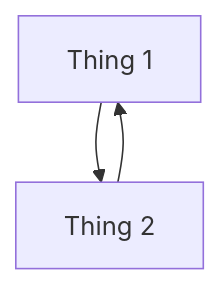
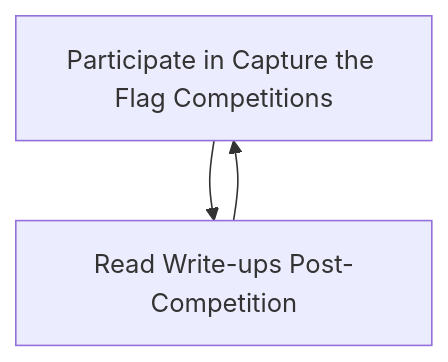
The diagram in interest-meeting-plans.md (EthanC2/code-club), drawn with Mermaid before and after one commit.

````diff
--- a/interest-meeting-plans.md
+++ b/interest-meeting-plans.md
@@ -17,5 +17,5 @@
 ```mermaid
 graph TD;
-    id1[Thing 1]-->id2[Thing 2];
-    id2[Thing 2]-->id1[Thing 1];
+    id1[Participate in Capture the Flag Competitions]-->id2[Read Write-ups Post-Competition];
+    id2[Read Write-ups Post-Competition]-->id1[Participate in Capture the Flag Competitions];
 ```
````
